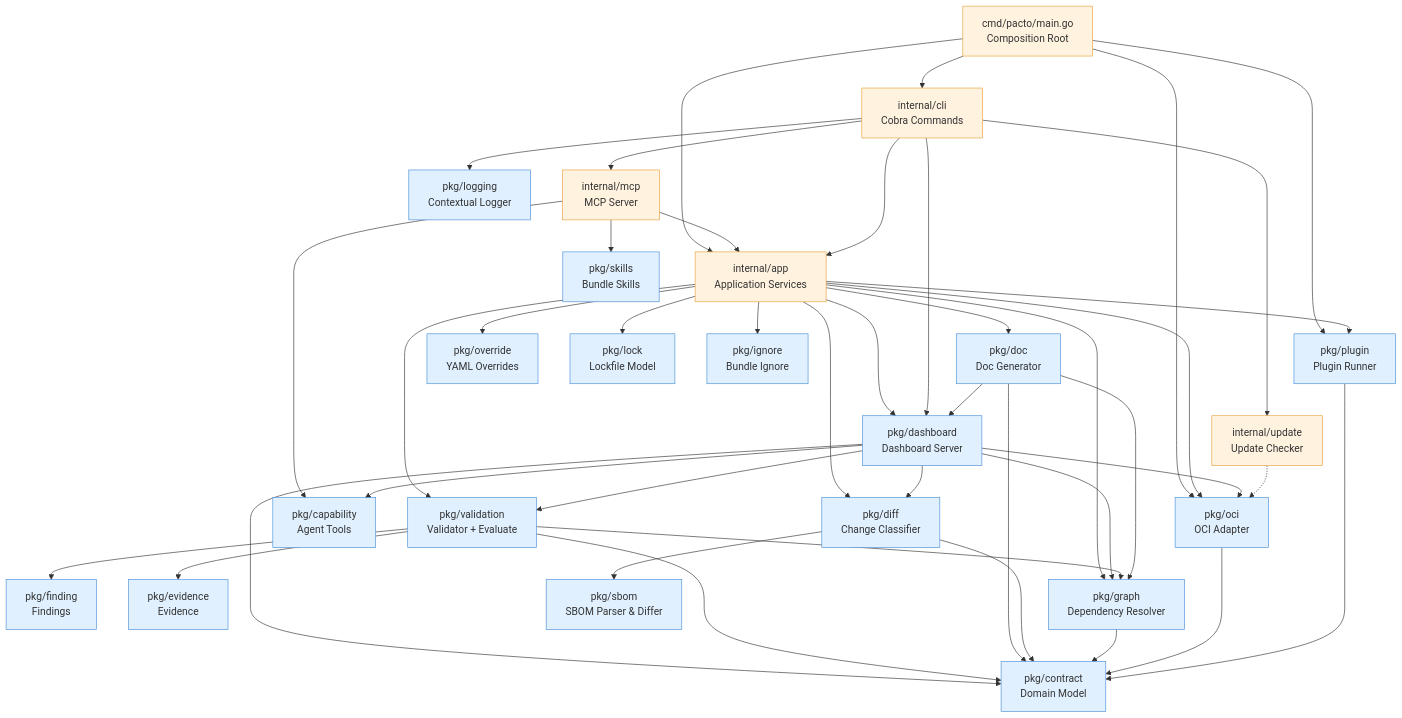
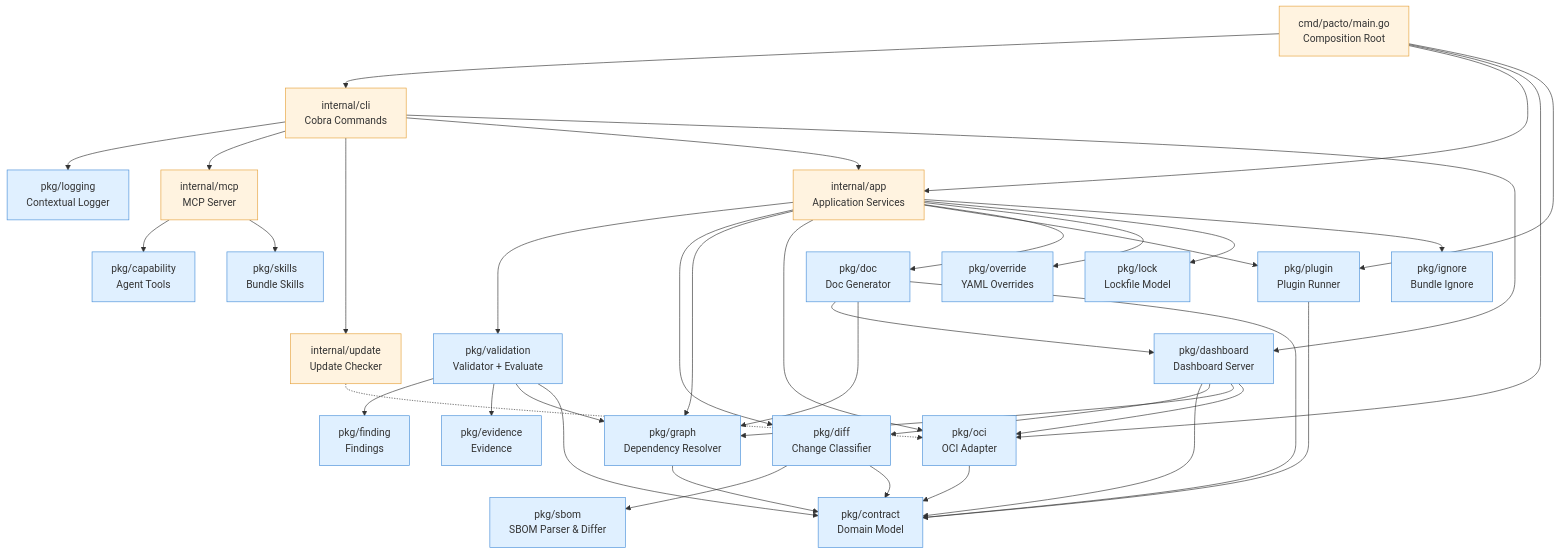
The diagram in ARCHITECTURE.md (TrianaLab/pacto), drawn with Mermaid before and after one commit. The commit also changed other lines of this file and 3 other files, not shown here.

````diff
--- a/ARCHITECTURE.md
+++ b/ARCHITECTURE.md
@@ -35,49 +35,45 @@
 ```mermaid
 graph TD
     MAIN[cmd/pacto/main.go<br/>Composition Root] --> CLI[internal/cli<br/>Cobra Commands]
     MAIN --> APP
     MAIN --> OCI
     MAIN --> PLUG
     CLI --> LOG[pkg/logging<br/>Contextual Logger]
     CLI --> MCP[internal/mcp<br/>MCP Server]
     CLI --> UPDATE[internal/update<br/>Update Checker]
-    MCP --> APP
     MCP --> CAP[pkg/capability<br/>Agent Tools]
     MCP --> SKILL[pkg/skills<br/>Bundle Skills]
-    DASH --> CAP
     CLI --> APP[internal/app<br/>Application Services]
     APP --> VAL[pkg/validation<br/>Validator + Evaluate]
     VAL --> FIND[pkg/finding<br/>Findings]
     VAL --> EVID[pkg/evidence<br/>Evidence]
     APP --> DIFF[pkg/diff<br/>Change Classifier]
     APP --> GRAPH[pkg/graph<br/>Dependency Resolver]
     APP --> OCI[pkg/oci<br/>OCI Adapter]
     APP --> PLUG[pkg/plugin<br/>Plugin Runner]
     APP --> DOC[pkg/doc<br/>Doc Generator]
     APP --> OVER[pkg/override<br/>YAML Overrides]
-    APP --> DASH
     CLI --> DASH[pkg/dashboard<br/>Dashboard Server]
     DASH --> CONTRACT
     DOC --> DASH
     DASH --> DIFF
-    DASH --> VAL
     DASH --> GRAPH
     DASH --> OCI
     DIFF --> SBOM[pkg/sbom<br/>SBOM Parser & Differ]
     VAL --> GRAPH
     DOC --> GRAPH
     VAL --> CONTRACT[pkg/contract<br/>Domain Model]
     DOC --> CONTRACT
     DIFF --> CONTRACT
     GRAPH --> CONTRACT
     OCI --> CONTRACT
     PLUG --> CONTRACT
     UPDATE -.-> OCI
     APP --> LOCK[pkg/lock<br/>Lockfile Model]
     APP --> IGN[pkg/ignore<br/>Bundle Ignore]
 
     classDef pkg fill:#e0f0ff,stroke:#4a90d9
     classDef internal fill:#fff3e0,stroke:#e6a23c
     class CONTRACT,VAL,DIFF,GRAPH,PLUG,DOC,SBOM,OVER,DASH,OCI,LOCK,IGN,FIND,EVID,CAP,SKILL,LOG pkg
     class APP,CLI,MCP,MAIN,UPDATE internal
 ```
````
